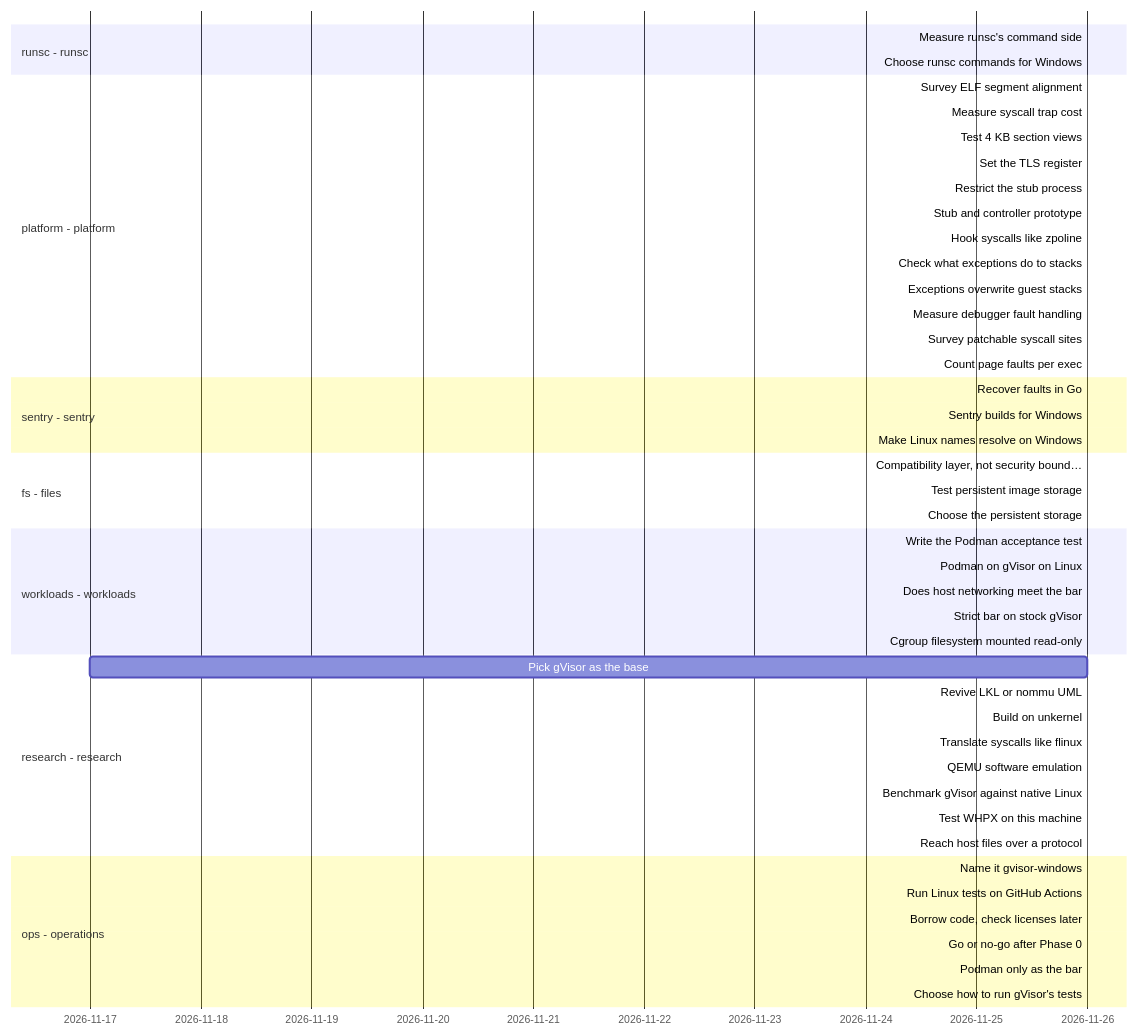
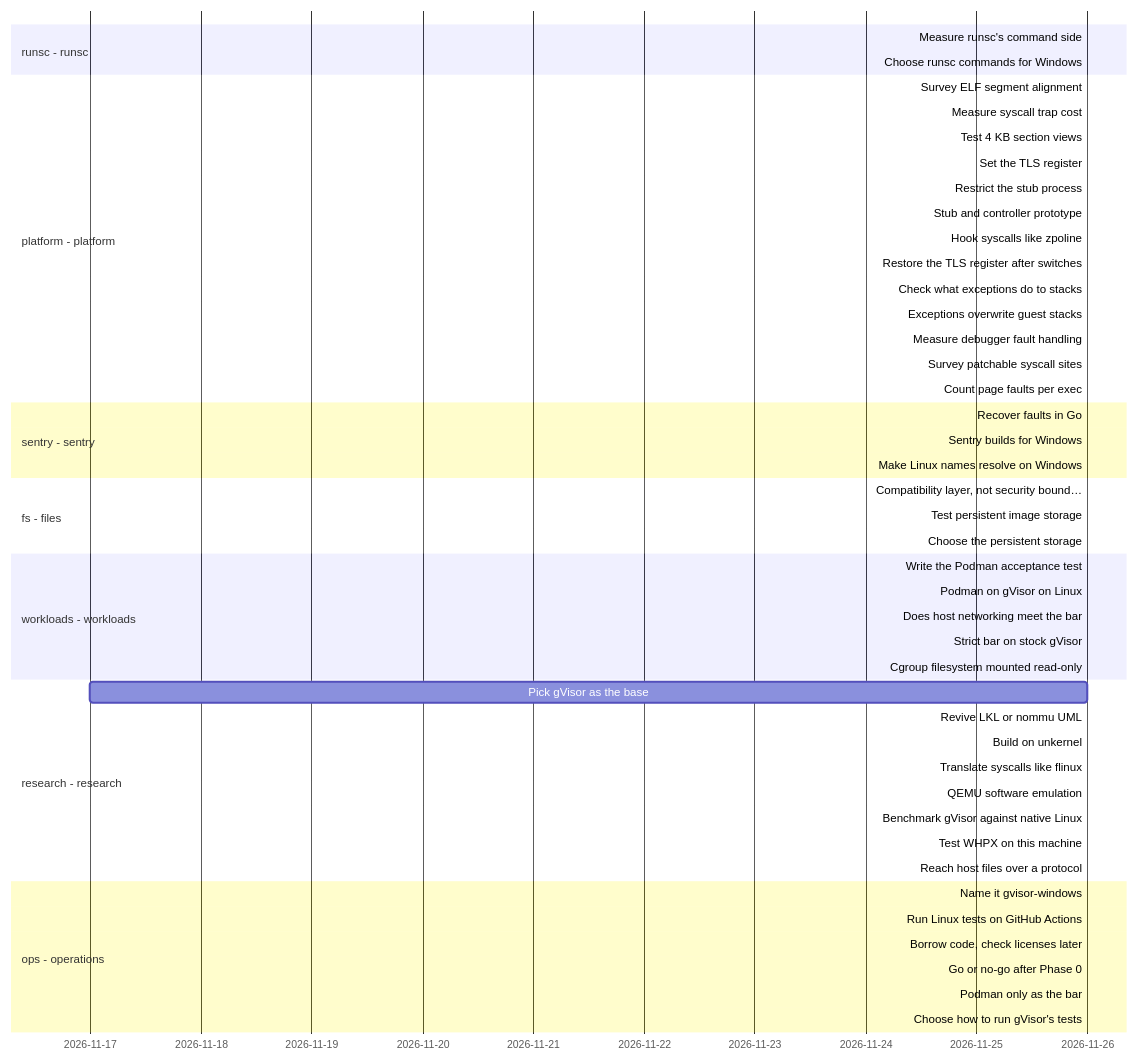
One commit to lhns/gvisor-windows changed the diagram in docs/roadmap/timeline.md. Above: the diagram before and after it, drawn with Mermaid. The commit also changed other lines of this file and 4 other files, not shown here.

First line of the commit message:
Rate the stub prototype and queue its follow-ups

````diff
--- a/docs/roadmap/timeline.md
+++ b/docs/roadmap/timeline.md
@@ -10,51 +10,52 @@
 ```mermaid
 gantt
     dateFormat YYYY-MM-DD
     axisFormat %Y-%m-%d
     section runsc - runsc
     Measure runsc's command side :runsc_measure_cli, 2026-11-26, 2026-11-26
     Choose runsc commands for Windows :runsc_windows_commands, 2026-11-26, 2026-11-26
     section platform - platform
     Survey ELF segment alignment :platform_elf_alignment_survey, 2026-11-26, 2026-11-26
     Measure syscall trap cost :platform_trap_cost, 2026-11-26, 2026-11-26
     Test 4 KB section views :platform_4k_section_views, 2026-11-26, 2026-11-26
     Set the TLS register :platform_tls_register, 2026-11-26, 2026-11-26
     Restrict the stub process :platform_restricted_stub, 2026-11-26, 2026-11-26
-    Stub and controller prototype :active, platform_stub_controller, 2026-11-26, 2026-11-26
+    Stub and controller prototype :platform_stub_controller, 2026-11-26, 2026-11-26
     Hook syscalls like zpoline :crit, platform_zpoline_hooks, 2026-11-26, 2026-11-26
+    Restore the TLS register after switches :platform_fs_base_repair, 2026-11-26, 2026-11-26
     Check what exceptions do to stacks :platform_exception_stack, 2026-11-26, 2026-11-26
     Exceptions overwrite guest stacks :platform_veh_on_guest_stack_unsafe, 2026-11-26, 2026-11-26
     Measure debugger fault handling :platform_debug_event_cost, 2026-11-26, 2026-11-26
     Survey patchable syscall sites :platform_syscall_site_survey, 2026-11-26, 2026-11-26
     Count page faults per exec :platform_faults_per_exec, 2026-11-26, 2026-11-26
     section sentry - sentry
     Recover faults in Go :sentry_go_fault_recovery, 2026-11-26, 2026-11-26
     Sentry builds for Windows :active, sentry_windows_build, 2026-11-26, 2026-11-26
     Make Linux names resolve on Windows :sentry_unix_shim, 2026-11-26, 2026-11-26
     section fs - files
     Compatibility layer, not security bound… :fs_compat_layer_not_boundary, 2026-11-26, 2026-11-26
     Test persistent image storage :fs_persistent_image_storage, 2026-11-26, 2026-11-26
     Choose the persistent storage :fs_persistent_storage_choice, 2026-11-26, 2026-11-26
     section workloads - workloads
     Write the Podman acceptance test :workloads_acceptance_test, 2026-11-26, 2026-11-26
     Podman on gVisor on Linux :workloads_podman_on_gvisor_linux, 2026-11-26, 2026-11-26
     Does host networking meet the bar :workloads_bar_host_network, 2026-11-26, 2026-11-26
     Strict bar on stock gVisor :workloads_strict_bar_linux, 2026-11-26, 2026-11-26
     Cgroup filesystem mounted read-only :workloads_gvisor_cgroupfs_readonly, 2026-11-26, 2026-11-26
     section research - research
     Pick gVisor as the base :research_gvisor_base, 2026-11-17, 2026-11-26
     Revive LKL or nommu UML :crit, research_lkl_nommu, 2026-11-26, 2026-11-26
     Build on unkernel :crit, research_unkernel, 2026-11-26, 2026-11-26
     Translate syscalls like flinux :crit, research_flinux_translation, 2026-11-26, 2026-11-26
     QEMU software emulation :crit, research_qemu_emulation, 2026-11-26, 2026-11-26
     Benchmark gVisor against native Linux :research_gvisor_benchmark, 2026-11-26, 2026-11-26
     Test WHPX on this machine :crit, research_whpx_this_machine, 2026-11-26, 2026-11-26
     Reach host files over a protocol :crit, research_file_protocol, 2026-11-26, 2026-11-26
     section ops - operations
     Name it gvisor-windows :ops_name_and_fork, 2026-11-26, 2026-11-26
     Run Linux tests on GitHub Actions :ops_linux_tests_on_actions, 2026-11-26, 2026-11-26
     Borrow code, check licenses later :ops_borrow_code, 2026-11-26, 2026-11-26
     Go or no-go after Phase 0 :ops_phase0_go_no_go, 2026-11-26, 2026-11-26
     Podman only as the bar :ops_podman_only_the_bar, 2026-11-26, 2026-11-26
     Choose how to run gVisor's tests :ops_syscall_test_strategy, 2026-11-26, 2026-11-26
 ```
````
